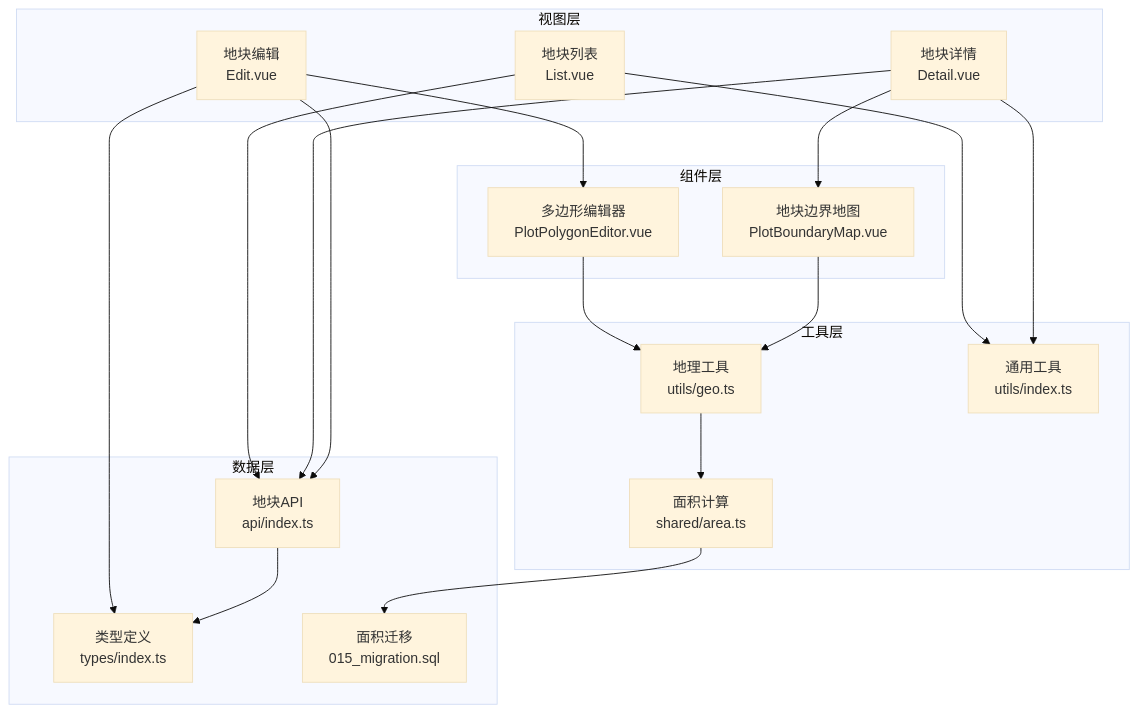
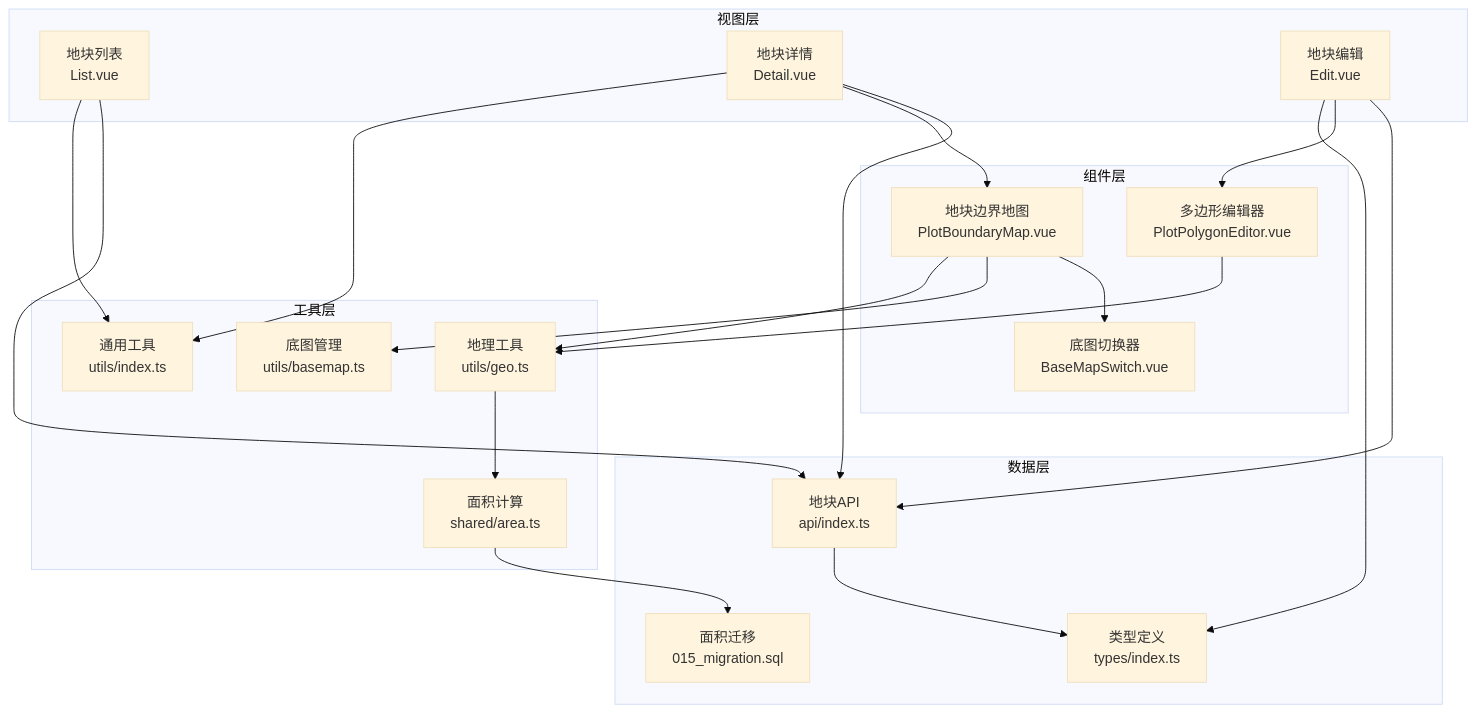
Before and after one commit to q446328246/agri-platform: the first of 13 diagrams in .qoder/repowiki/zh/content/前端应用文档/核心页面/地块管理页面/地块管理页面.md, drawn with Mermaid (base theme). The commit also changed other lines of this file and 48 other files, not shown here.

````diff
--- a/.qoder/repowiki/zh/content/前端应用文档/核心页面/地块管理页面/地块管理页面.md
+++ b/.qoder/repowiki/zh/content/前端应用文档/核心页面/地块管理页面/地块管理页面.md
@@ -56,35 +63,39 @@
 ```mermaid
 graph TB
 subgraph "视图层"
 List["地块列表<br/>List.vue"]
 Detail["地块详情<br/>Detail.vue"]
 Edit["地块编辑<br/>Edit.vue"]
 end
 subgraph "组件层"
 MapComp["地块边界地图<br/>PlotBoundaryMap.vue"]
+BaseMapSwitch["底图切换器<br/>BaseMapSwitch.vue"]
 PolygonEditor["多边形编辑器<br/>PlotPolygonEditor.vue"]
 end
 subgraph "工具层"
+Basemap["底图管理<br/>utils/basemap.ts"]
 GeoUtils["地理工具<br/>utils/geo.ts"]
 CommonUtils["通用工具<br/>utils/index.ts"]
 AreaCalc["面积计算<br/>shared/area.ts"]
 end
 subgraph "数据层"
 Api["地块API<br/>api/index.ts"]
 Types["类型定义<br/>types/index.ts"]
 Migration["面积迁移<br/>015_migration.sql"]
 end
 List --> Api
 Detail --> Api
 Edit --> Api
 Detail --> MapComp
 Edit --> PolygonEditor
+MapComp --> BaseMapSwitch
+MapComp --> Basemap
 PolygonEditor --> GeoUtils
 MapComp --> GeoUtils
 List --> CommonUtils
 Detail --> CommonUtils
 Edit --> Types
 Api --> Types
 GeoUtils --> AreaCalc
 AreaCalc --> Migration
 ```
````
